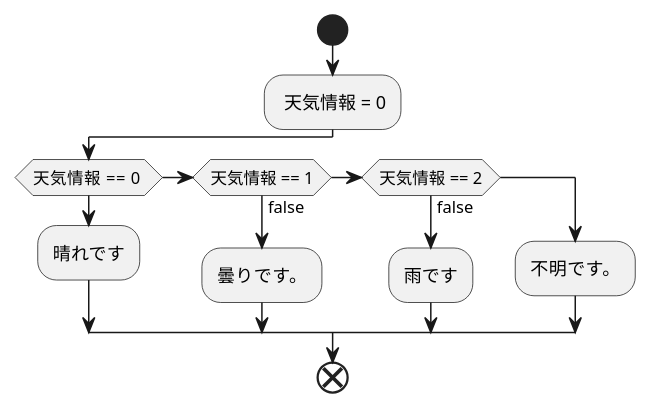
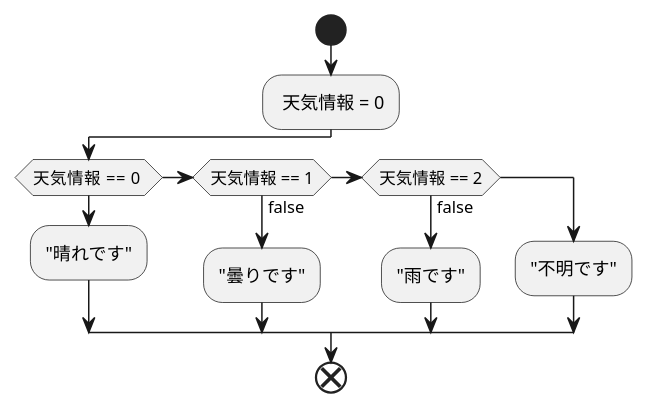
Before and after one commit to Aso2001224/2021sys-design: the diagram in weather.md, drawn with PlantUML.

````diff
--- a/weather.md
+++ b/weather.md
@@ -1,16 +1,16 @@
 ```uml
 @startuml
 start
 : 天気情報 = 0;
 if(天気情報  == 0 )
-:晴れです;
+:"晴れです";
 else if(天気情報 == 1)then(false)
-:曇りです。;
+:"曇りです";
 else if(天気情報 == 2)then(false)
-:雨です;
+:"雨です";
 else
-:不明です。;
+:"不明です";
 endif
 end
 @enduml
 ```
````
